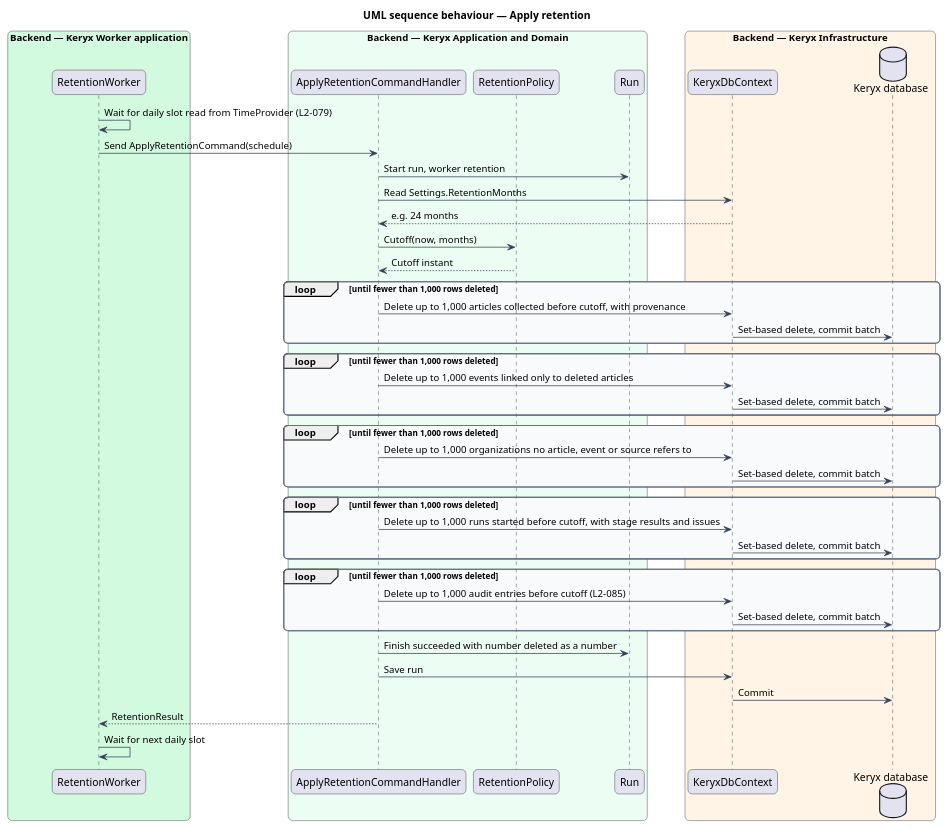
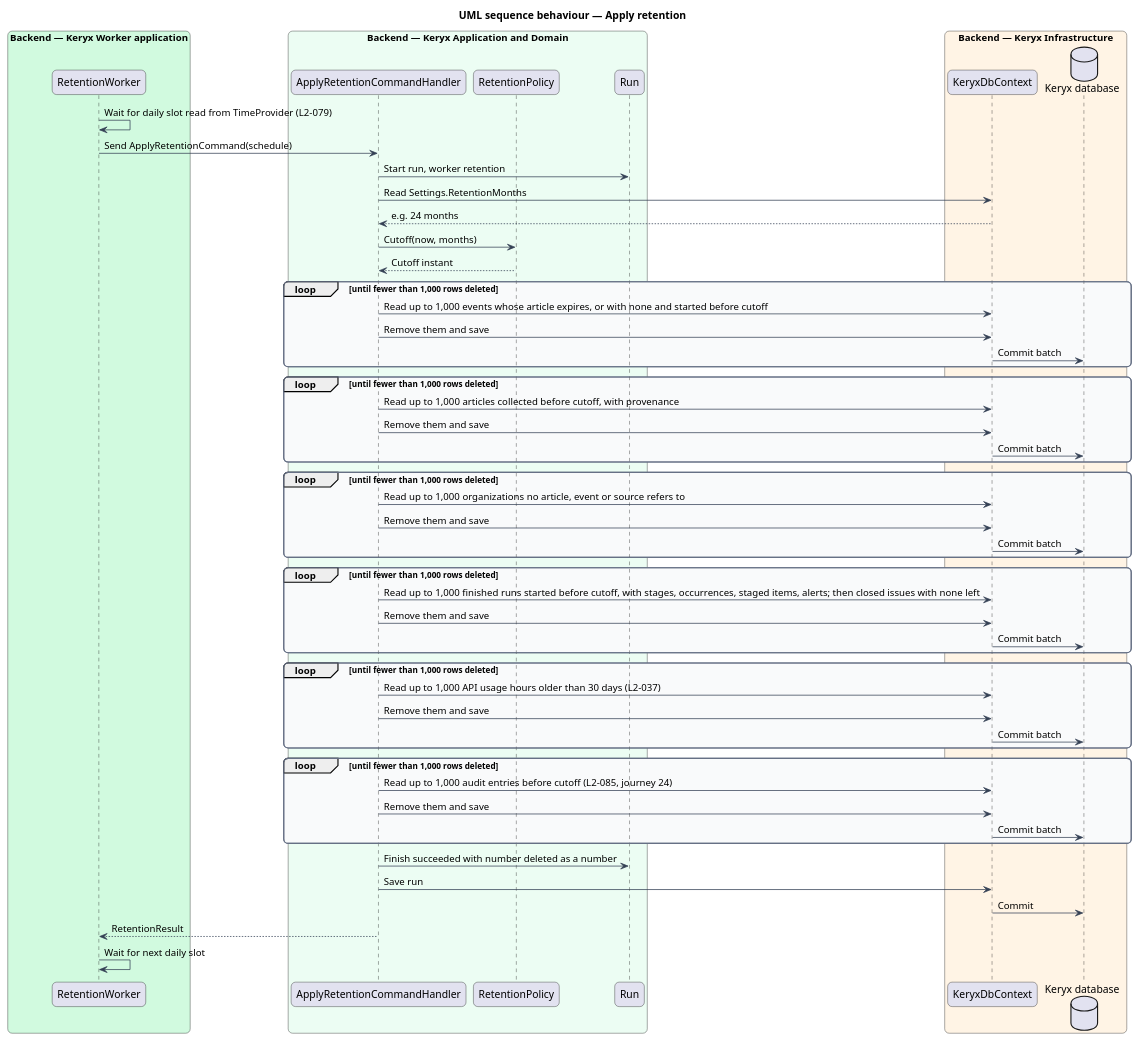
One commit to QuinntyneBrown/keryx changed the diagram in docs/detailed-designs/catalogue/apply-retention/diagrams/sequence-apply-retention.puml. Above: the diagram before and after it, drawn with PlantUML. The commit also changed 15 other files, not shown here.

First line of the commit message:
Delete articles collected before the retention cutoff, and count them

```diff
--- a/docs/detailed-designs/catalogue/apply-retention/diagrams/sequence-apply-retention.puml
+++ b/docs/detailed-designs/catalogue/apply-retention/diagrams/sequence-apply-retention.puml
@@ -1,61 +1,71 @@
 @startuml
 title UML sequence behaviour — Apply retention
 skinparam backgroundColor #FFFFFF
 skinparam shadowing false
 skinparam roundcorner 12
 skinparam defaultFontName Arial
 skinparam ArrowColor #344054
 skinparam rectangle {
   BorderColor #344054
   FontColor #101828
 }
 skinparam package {
   BorderColor #667085
   FontColor #101828
   BackgroundColor #F9FAFB
 }
 box "Backend — Keryx Worker application" #D1FADF
   participant "RetentionWorker" as worker
 end box
 box "Backend — Keryx Application and Domain" #ECFDF3
   participant "ApplyRetentionCommandHandler" as handler
   participant "RetentionPolicy" as policy
   participant "Run" as run
 end box
 box "Backend — Keryx Infrastructure" #FFF4E5
   participant "KeryxDbContext" as ctx
   database "Keryx database" as db
 end box
 worker -> worker : Wait for daily slot read from TimeProvider (L2-079)
 worker -> handler : Send ApplyRetentionCommand(schedule)
 handler -> run : Start run, worker retention
 handler -> ctx : Read Settings.RetentionMonths
 ctx --> handler : e.g. 24 months
 handler -> policy : Cutoff(now, months)
 policy --> handler : Cutoff instant
 loop until fewer than 1,000 rows deleted
-  handler -> ctx : Delete up to 1,000 articles collected before cutoff, with provenance
-  ctx -> db : Set-based delete, commit batch
+  handler -> ctx : Read up to 1,000 events whose article expires, or with none and started before cutoff
+  handler -> ctx : Remove them and save
+  ctx -> db : Commit batch
 end
 loop until fewer than 1,000 rows deleted
-  handler -> ctx : Delete up to 1,000 events linked only to deleted articles
-  ctx -> db : Set-based delete, commit batch
+  handler -> ctx : Read up to 1,000 articles collected before cutoff, with provenance
+  handler -> ctx : Remove them and save
+  ctx -> db : Commit batch
 end
 loop until fewer than 1,000 rows deleted
-  handler -> ctx : Delete up to 1,000 organizations no article, event or source refers to
-  ctx -> db : Set-based delete, commit batch
+  handler -> ctx : Read up to 1,000 organizations no article, event or source refers to
+  handler -> ctx : Remove them and save
+  ctx -> db : Commit batch
 end
 loop until fewer than 1,000 rows deleted
-  handler -> ctx : Delete up to 1,000 runs started before cutoff, with stage results and issues
-  ctx -> db : Set-based delete, commit batch
+  handler -> ctx : Read up to 1,000 finished runs started before cutoff, with stages, occurrences, staged items, alerts; then closed issues with none left
+  handler -> ctx : Remove them and save
+  ctx -> db : Commit batch
 end
 loop until fewer than 1,000 rows deleted
-  handler -> ctx : Delete up to 1,000 audit entries before cutoff (L2-085)
-  ctx -> db : Set-based delete, commit batch
+  handler -> ctx : Read up to 1,000 API usage hours older than 30 days (L2-037)
+  handler -> ctx : Remove them and save
+  ctx -> db : Commit batch
+end
+loop until fewer than 1,000 rows deleted
+  handler -> ctx : Read up to 1,000 audit entries before cutoff (L2-085, journey 24)
+  handler -> ctx : Remove them and save
+  ctx -> db : Commit batch
 end
 handler -> run : Finish succeeded with number deleted as a number
 handler -> ctx : Save run
 ctx -> db : Commit
 handler --> worker : RetentionResult
 worker -> worker : Wait for next daily slot
 @enduml
```
